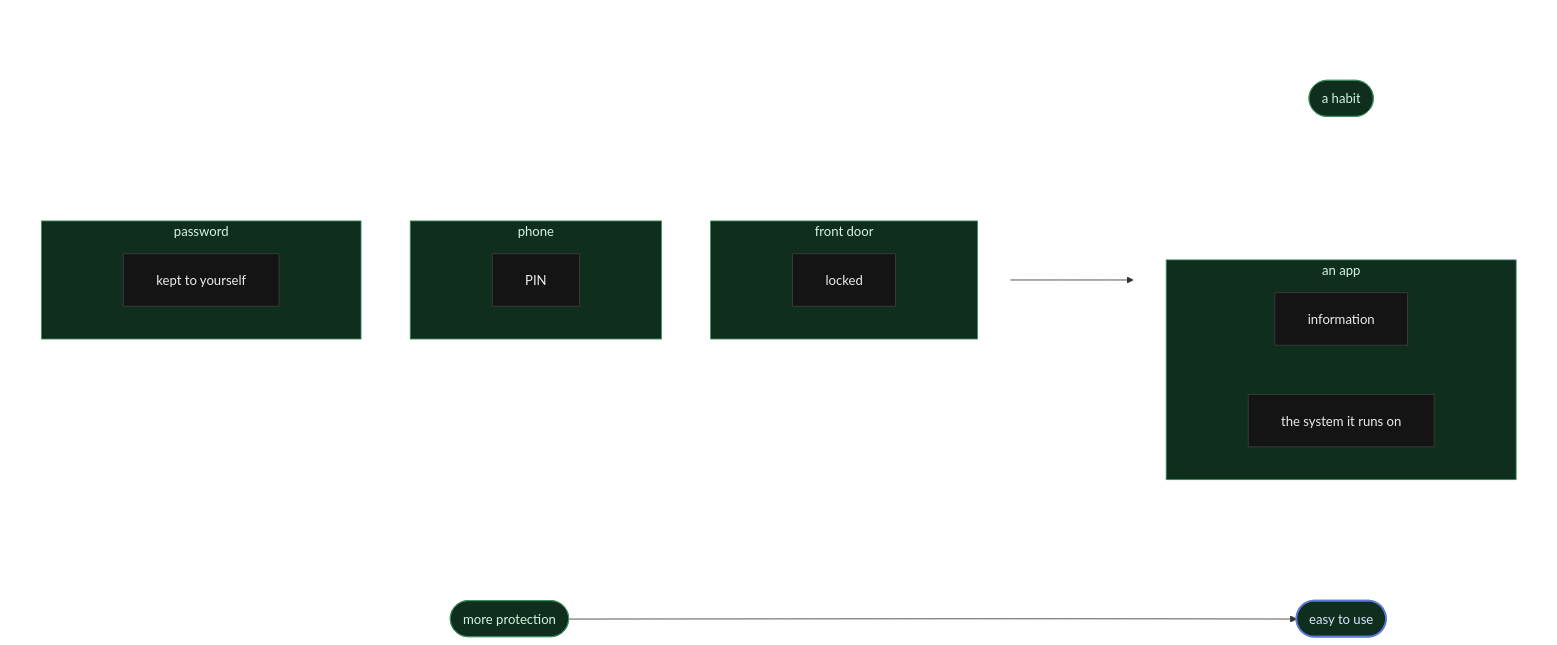
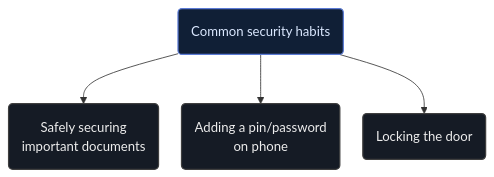
One commit to syedumaircodes/commonplace changed the diagram in src/content/diagrams/security-habits.mmd. Above: the diagram before and after it, drawn with Mermaid. The commit also changed 1 other file, not shown here.

```diff
--- a/src/content/diagrams/security-habits.mmd
+++ b/src/content/diagrams/security-habits.mmd
@@ -1,51 +1,18 @@
 ---
 config:
   flowchart:
-    nodeSpacing: 60
-    rankSpacing: 150
-    padding: 20
+    nodeSpacing: 28
+    rankSpacing: 60
+    padding: 16
 ---
-flowchart LR
-  subgraph left_col
-    direction TB
-    subgraph front["front door"]
-      D1["locked"]
-    end
+flowchart TD
+  HABITS("Common security habits")
 
-    subgraph phone["phone"]
-      D2["PIN"]
-    end
+  HABITS --> DOCS("Safely securing<br/>important documents")
+  HABITS --> PHONE("Adding a pin/password<br/>on phone")
+  HABITS --> DOOR("Locking the door")
 
-    subgraph password["password"]
-      D3["kept to yourself"]
-    end
-  end
-
-  subgraph right_col
-    direction TB
-    HABIT(["a habit"])
-
-    subgraph app["an app"]
-      A1["information"]
-      A2["the system it runs on"]
-    end
-
-    HABIT ~~~ app
-  end
-
-  phone --> app
-
-  MORE(["more protection"]) --> EASY(["easy to use"])
-
-  classDef inner fill:#141414,stroke:#3f3f3f,color:#ededed
-  classDef pill fill:#0f2e1d,stroke:#3f8f63,color:#d6f5e3
-  classDef focus fill:#0f2e1d,stroke:#5b7bd5,color:#dbe8ff,stroke-width:2px
-  class D1,D2,D3,A1,A2 inner
-  class HABIT,MORE pill
-  class EASY focus
-  style front fill:#0f2e1d,stroke:#3f8f63,color:#d6f5e3
-  style phone fill:#0f2e1d,stroke:#3f8f63,color:#d6f5e3
-  style password fill:#0f2e1d,stroke:#3f8f63,color:#d6f5e3
-  style app fill:#0f2e1d,stroke:#3f8f63,color:#d6f5e3
-  style left_col fill:transparent,stroke:none,color:transparent
-  style right_col fill:transparent,stroke:none,color:transparent
+  classDef root fill:#101f36,stroke:#5b7bd5,color:#dbe8ff,stroke-width:1.5px
+  classDef habit fill:#151b25,stroke:#3f3f3f,color:#ededed,stroke-width:1.5px
+  class HABITS root
+  class DOCS,PHONE,DOOR habit
```
